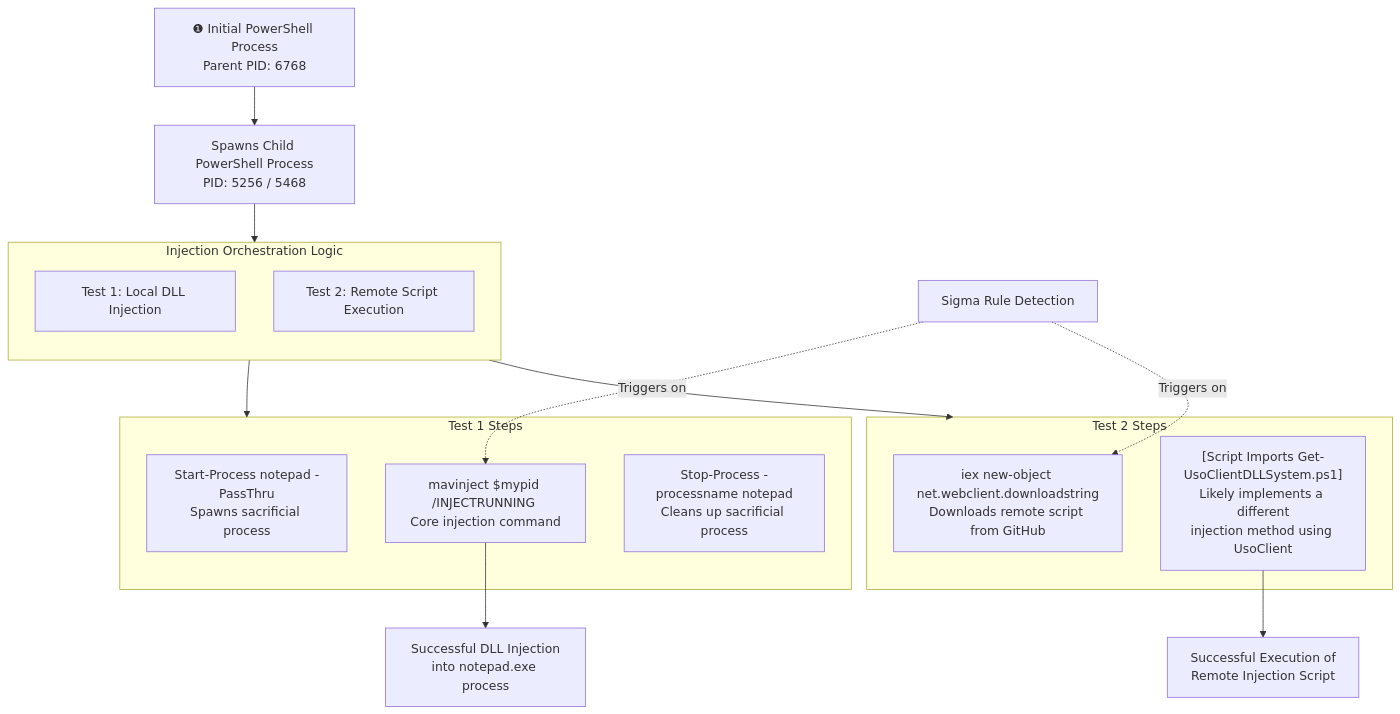
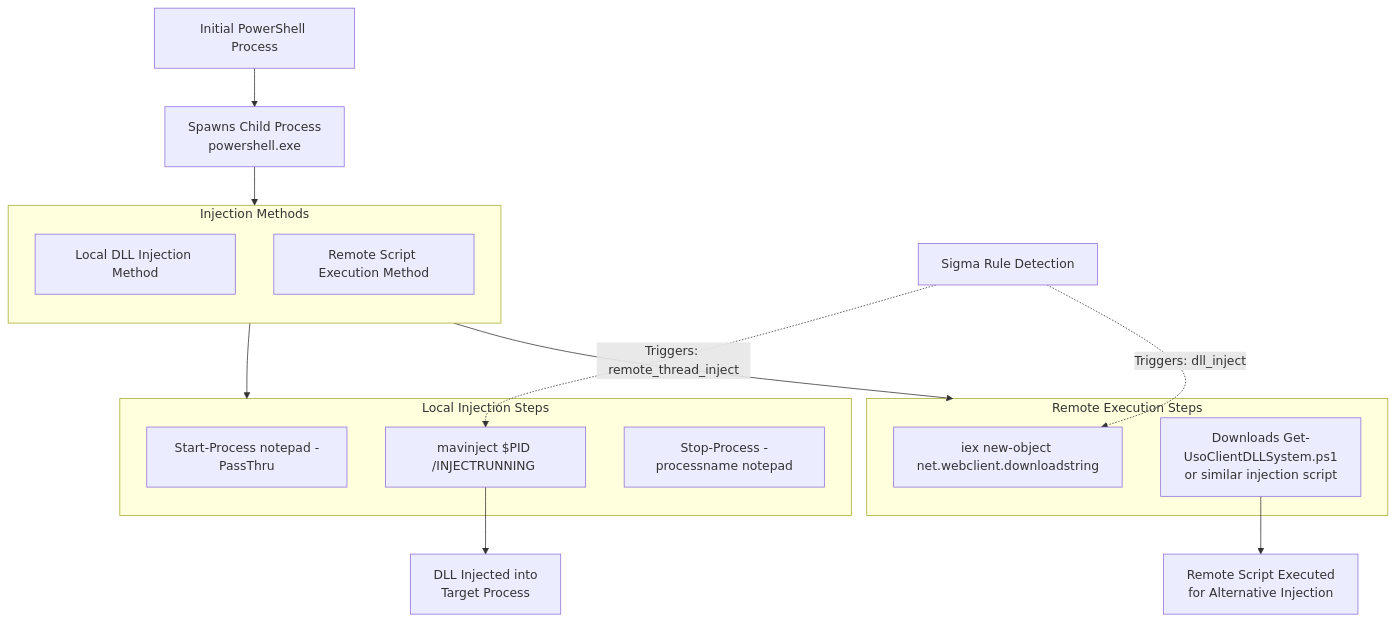
One commit to khaireddinechebbi/APTs-Detection-Framework changed the diagram in Reports/Techniques/T1055.001.md. Above: the diagram before and after it, drawn with Mermaid. The commit also changed other lines of this file and 6 other files, not shown here.

````diff
--- a/Reports/Techniques/T1055.001.md
+++ b/Reports/Techniques/T1055.001.md
@@ -17,33 +14,33 @@
 ```mermaid
 flowchart TD
-A["❶ Initial PowerShell Process<br>Parent PID: 6768"] --> B["Spawns Child PowerShell Process<br>PID: 5256 / 5468"];
+A["Initial PowerShell Process"] --> B["Spawns Child Process<br>powershell.exe"]
 
-subgraph B1[Injection Orchestration Logic]
+subgraph B1[Injection Methods]
     direction TB
-    C["Test 1: Local DLL Injection"]
-    D["Test 2: Remote Script Execution"]
+    C["Local DLL Injection Method"]
+    D["Remote Script Execution Method"]
 end
 
-B --> B1;
+B --> B1
 
-subgraph C1[Test 1 Steps]
-    C2["Start-Process notepad -PassThru<br>Spawns sacrificial process"]
-    C3["mavinject $mypid /INJECTRUNNING <DLL_PATH><br>Core injection command"]
-    C4["Stop-Process -processname notepad<br>Cleans up sacrificial process"]
+subgraph C1[Local Injection Steps]
+    C2["Start-Process notepad -PassThru"]
+    C3["mavinject $PID /INJECTRUNNING <DLL_PATH>"]
+    C4["Stop-Process -processname notepad"]
 end
 
-C --> C1;
+C --> C1
 
-subgraph D1[Test 2 Steps]
-    D2["iex new-object net.webclient.downloadstring<br>Downloads remote script from GitHub"]
-    D3["[Script Imports Get-UsoClientDLLSystem.ps1]<br>Likely implements a different<br>injection method using UsoClient"]
+subgraph D1[Remote Execution Steps]
+    D2["iex new-object net.webclient.downloadstring"]
+    D3["Downloads Get-UsoClientDLLSystem.ps1<br>or similar injection script"]
 end
 
-D --> D1;
+D --> D1
 
-C3 --> E["Successful DLL Injection<br>into notepad.exe process"];
-D3 --> F["Successful Execution of<br>Remote Injection Script"];
+C3 --> E["DLL Injected into<br>Target Process"]
+D3 --> F["Remote Script Executed<br>for Alternative Injection"]
 
-G["Sigma Rule Detection"] -.->|Triggers on| C3
-G -.->|Triggers on| D2
+G["Sigma Rule Detection"] -.->|"Triggers: remote_thread_inject"| C3
+G -.->|"Triggers: dll_inject"| D2
 ```
````
